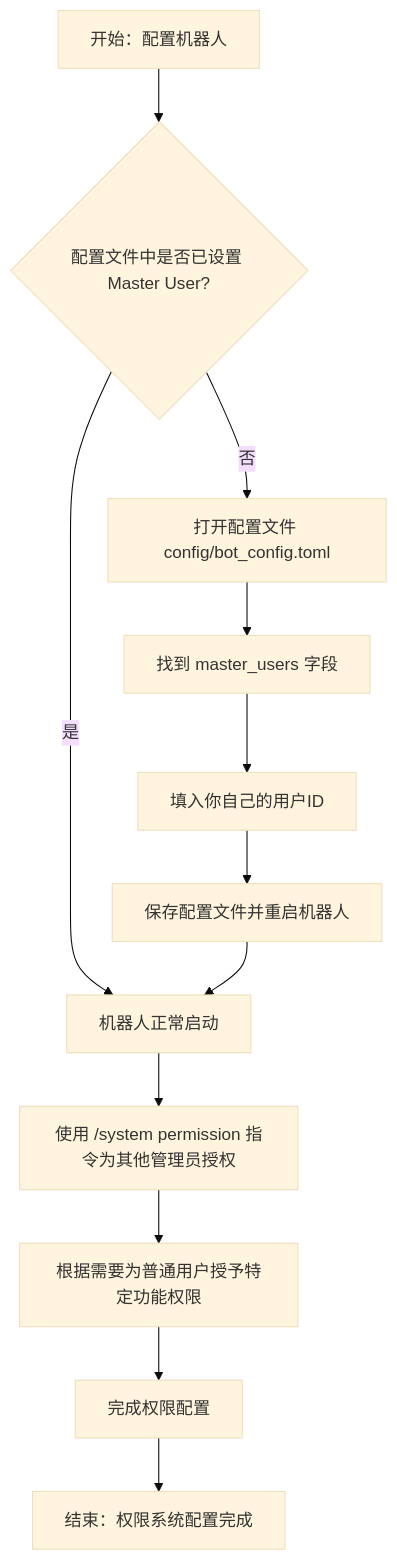
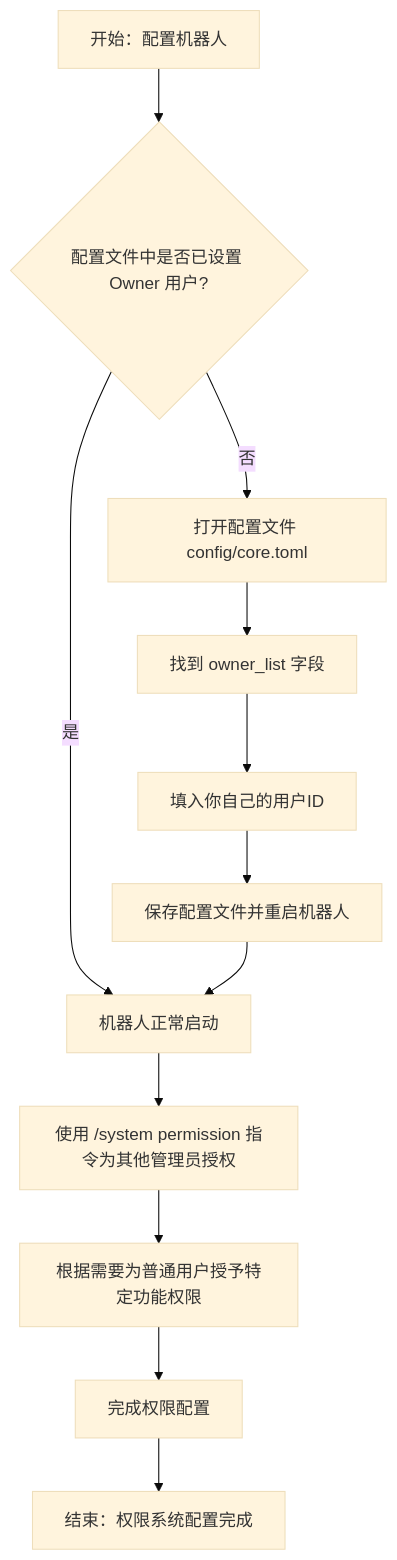
The diagram in docs/guides/permission_usage.md (MoFox-Studio/MoFox-Bot-Docs), drawn with Mermaid (base theme) before and after one commit. The commit also changed other lines of this file and 22 other files, not shown here.

````diff
--- a/docs/guides/permission_usage.md
+++ b/docs/guides/permission_usage.md
@@ -94,14 +96,14 @@
 ```mermaid
 graph TD
-    A[开始：配置机器人] --> B{配置文件中是否已设置 Master User?};
-    B -->|否| C[打开配置文件 config/bot_config.toml];
-    C --> D[找到 master_users 字段];
+    A[开始：配置机器人] --> B{配置文件中是否已设置 Owner 用户?};
+    B -->|否| C[打开配置文件 config/core.toml];
+    C --> D[找到 owner_list 字段];
     D --> E[填入你自己的用户ID];
     E --> F[保存配置文件并重启机器人];
     B -->|是| G[机器人正常启动];
     F --> G;
     G --> H[使用 /system permission 指令为其他管理员授权];
     H --> I[根据需要为普通用户授予特定功能权限];
     I --> J[完成权限配置];
     J --> K[结束：权限系统配置完成];
 ```
````
